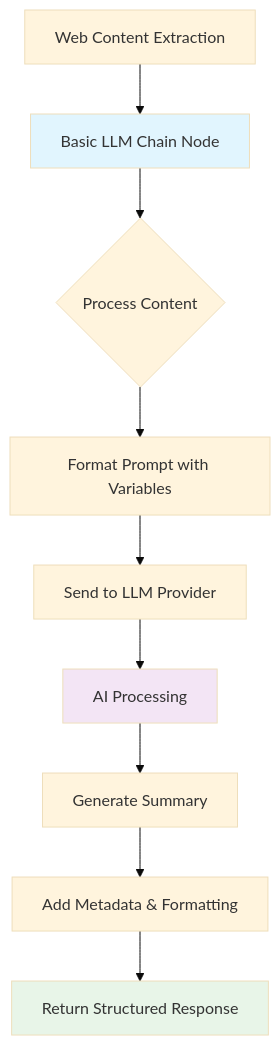
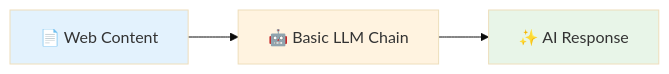
One commit to agentic-com/Agentic-Flow-Doc changed the diagram in src/content/docs/integrations/builtin/ai/AIAgents/BasicLLMChainNode.md. Above: the diagram before and after it, drawn with Mermaid (base theme). The commit also changed other lines of this file and 13 other files, not shown here.

````diff
--- a/src/content/docs/integrations/builtin/ai/AIAgents/BasicLLMChainNode.md
+++ b/src/content/docs/integrations/builtin/ai/AIAgents/BasicLLMChainNode.md
@@ -218,15 +48,9 @@
 ```mermaid
-flowchart TD
-    A[Web Content Extraction] --> B[Basic LLM Chain Node]
-    B --> C{Process Content}
-    C --> D[Format Prompt with Variables]
-    D --> E[Send to LLM Provider]
-    E --> F[AI Processing]
-    F --> G[Generate Summary]
-    G --> H[Add Metadata & Formatting]
-    H --> I[Return Structured Response]
+flowchart LR
+    A[📄 Web Content] --> B[🤖 Basic LLM Chain]
+    B --> C[✨ AI Response]
     
-    style B fill:#e1f5fe
-    style F fill:#f3e5f5
-    style I fill:#e8f5e8
+    style A fill:#e3f2fd
+    style B fill:#fff3e0
+    style C fill:#e8f5e8
 ```
````
